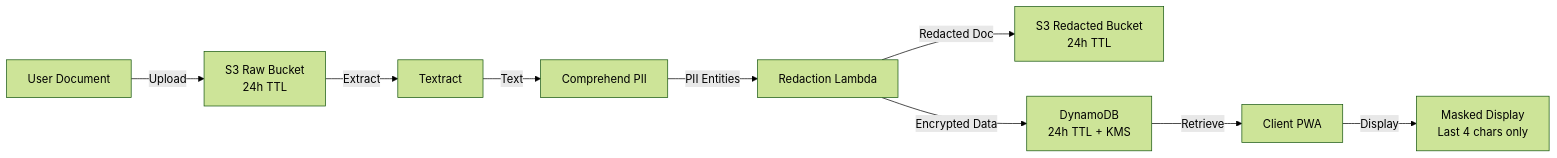
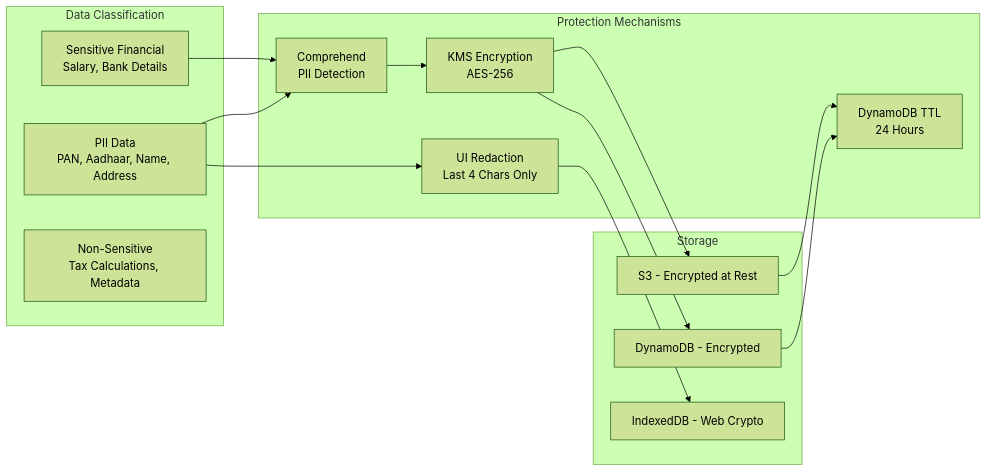
Before and after one commit to hxshxnsivx-hub/Bharath-tax-mitra: the fourth of 11 diagrams in .kiro/specs/bharat-tax-mitra/design.md, drawn with Mermaid (forest theme). The commit also changed other lines of this file and 210 other files, not shown here.

````diff
--- a/.kiro/specs/bharat-tax-mitra/design.md
+++ b/.kiro/specs/bharat-tax-mitra/design.md
@@ -182,11 +183,33 @@
 ```mermaid
 graph LR
-    DOC[User Document] -->|Upload| S3RAW[S3 Raw Bucket<br/>24h TTL]
-    S3RAW -->|Extract| TEXTRACT[Textract]
-    TEXTRACT -->|Text| COMPREHEND[Comprehend PII]
-    COMPREHEND -->|PII Entities| REDACT[Redaction Lambda]
-    REDACT -->|Redacted Doc| S3RED[S3 Redacted Bucket<br/>24h TTL]
-    REDACT -->|Encrypted Data| DDB[DynamoDB<br/>24h TTL + KMS]
-    DDB -->|Retrieve| CLIENT[Client PWA]
-    CLIENT -->|Display| MASK[Masked Display<br/>Last 4 chars only]
+    subgraph "Data Classification"
+        PII[PII Data<br/>PAN, Aadhaar, Name, Address]
+        SENSITIVE[Sensitive Financial<br/>Salary, Bank Details]
+        NON_SENSITIVE[Non-Sensitive<br/>Tax Calculations, Metadata]
+    end
+    
+    subgraph "Protection Mechanisms"
+        DETECT[Comprehend<br/>PII Detection]
+        ENCRYPT[KMS Encryption<br/>AES-256]
+        TTL[DynamoDB TTL<br/>24 Hours]
+        REDACT[UI Redaction<br/>Last 4 Chars Only]
+    end
+    
+    subgraph "Storage"
+        S3_ENCRYPTED[S3 - Encrypted at Rest]
+        DDB_ENCRYPTED[DynamoDB - Encrypted]
+        IDB_ENCRYPTED[IndexedDB - Web Crypto]
+    end
+    
+    PII --> DETECT
+    SENSITIVE --> DETECT
+    DETECT --> ENCRYPT
+    ENCRYPT --> DDB_ENCRYPTED
+    ENCRYPT --> S3_ENCRYPTED
+    
+    DDB_ENCRYPTED --> TTL
+    S3_ENCRYPTED --> TTL
+    
+    PII --> REDACT
+    REDACT --> IDB_ENCRYPTED
 ```
````
